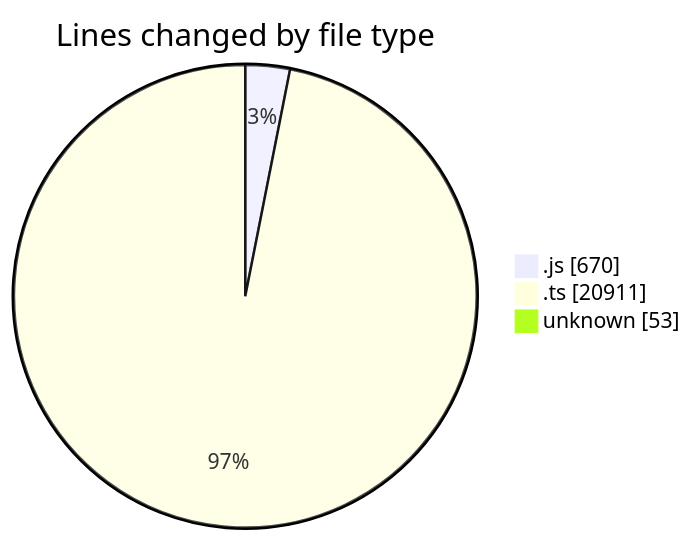
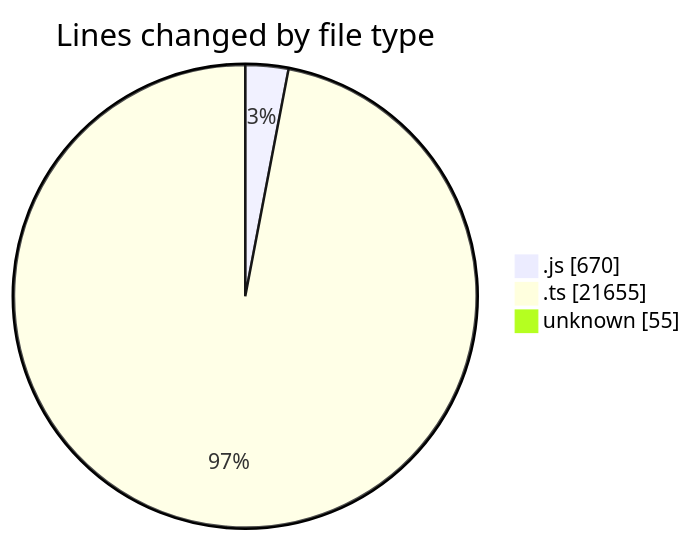
One commit to momahboobian/code-tracking changed the first of 2 diagrams in 2026-08-21/cda/README.md. Above: the diagram before and after it, drawn with Mermaid. The commit also changed other lines of this file and 1 other file, not shown here.

````diff
--- a/2026-08-21/cda/README.md
+++ b/2026-08-21/cda/README.md
@@ -34,7 +35,7 @@
 ```mermaid
 pie showData
 title Lines changed by file type
 ".js" : 670
-".ts" : 20911
-"unknown" : 53
+".ts" : 21655
+"unknown" : 55
 ```
````
